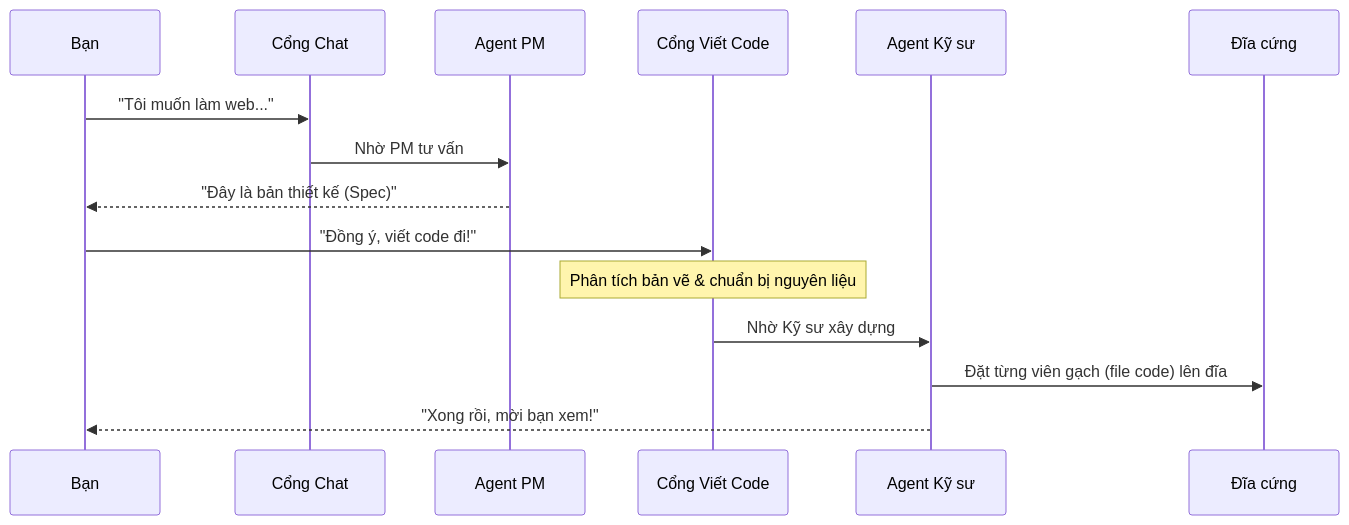
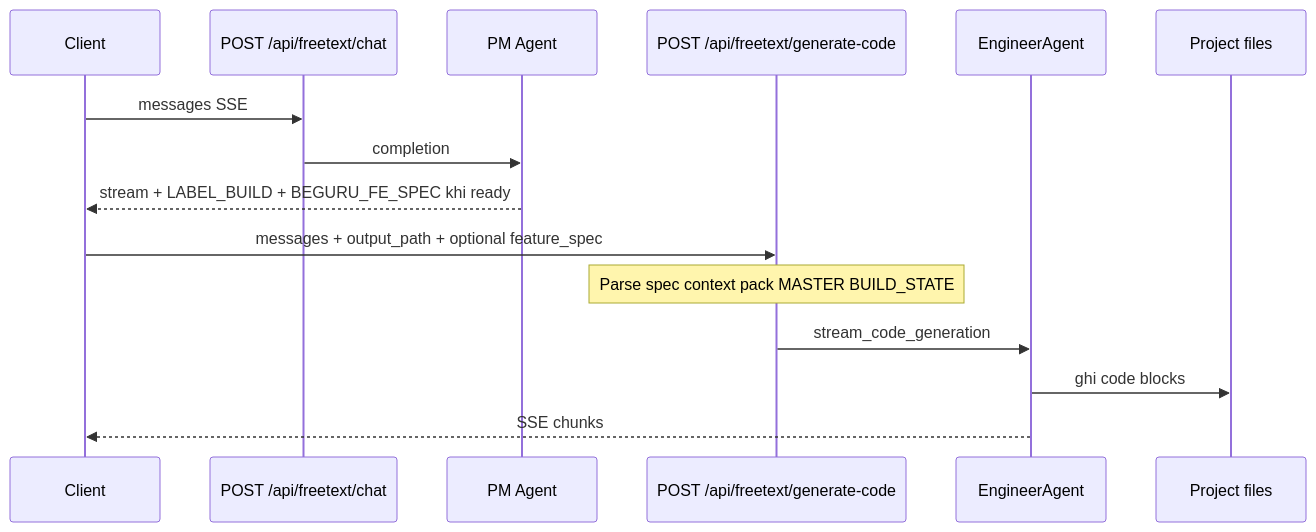
Before and after one commit to charlieviettq/charlieviettq.github.io: the second of 3 diagrams in content/posts/beguru-ai-case-study-runtime-fastapi-agentos.md, drawn with Mermaid. The commit also changed other lines of this file and 5 other files, not shown here.

First line of the commit message:
docs(blog): BeGuru series as Technical Docs with architecture overview

````diff
--- a/content/posts/beguru-ai-case-study-runtime-fastapi-agentos.md
+++ b/content/posts/beguru-ai-case-study-runtime-fastapi-agentos.md
@@ -78,18 +75,18 @@
 ```mermaid
 sequenceDiagram
-  participant Bạn
-  participant API as Cổng Chat
-  participant PM as Agent PM
-  participant Gen as Cổng Viết Code
-  participant EN as Agent Kỹ sư
-  participant FS as Đĩa cứng
+  participant C as Client
+  participant Chat as POST /api/freetext/chat
+  participant PM as PM Agent
+  participant Gen as POST /api/freetext/generate-code
+  participant EN as EngineerAgent
+  participant FS as Project files
 
-  Bạn->>API: "Tôi muốn làm web..."
-  API->>PM: Nhờ PM tư vấn
-  PM-->>Bạn: "Đây là bản thiết kế (Spec)"
-  Bạn->>Gen: "Đồng ý, viết code đi!"
-  Note over Gen: Phân tích bản vẽ & chuẩn bị nguyên liệu
-  Gen->>EN: Nhờ Kỹ sư xây dựng
-  EN->>FS: Đặt từng viên gạch (file code) lên đĩa
-  EN-->>Bạn: "Xong rồi, mời bạn xem!"
+  C->>Chat: messages SSE
+  Chat->>PM: completion
+  PM-->>C: stream + LABEL_BUILD + BEGURU_FE_SPEC khi ready
+  C->>Gen: messages + output_path + optional feature_spec
+  Note over Gen: Parse spec context pack MASTER BUILD_STATE
+  Gen->>EN: stream_code_generation
+  EN->>FS: ghi code blocks
+  EN-->>C: SSE chunks
 ```
````
